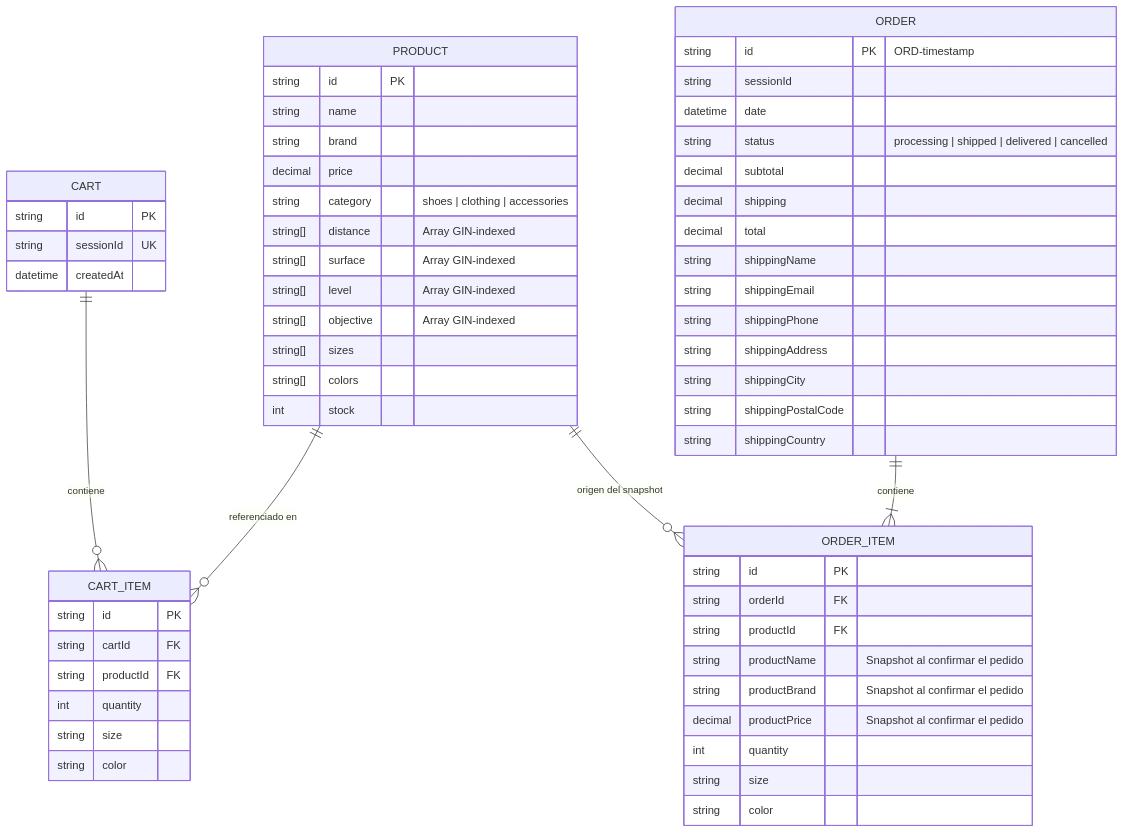
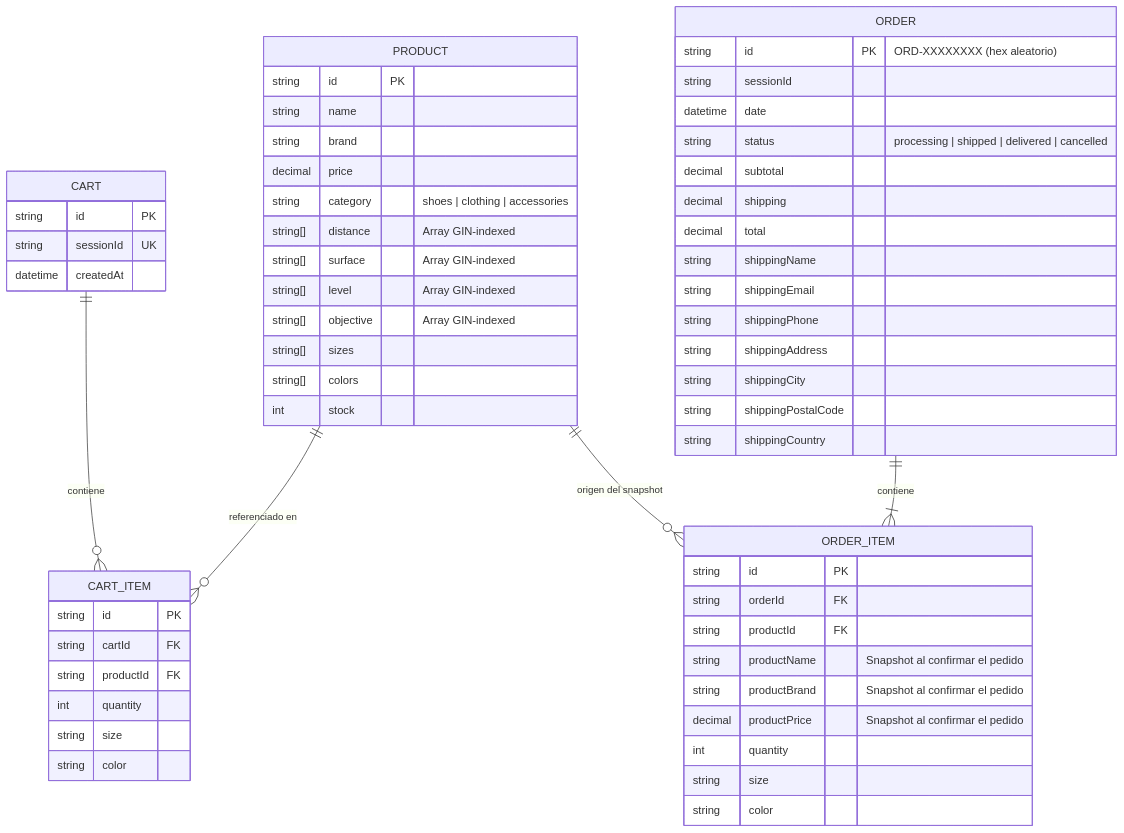
The second of 2 diagrams in readme.md (LIDR-academy/AI4Devs-finalproject), drawn with Mermaid before and after one commit. The commit also changed other lines of this file and 3 other files, not shown here.

````diff
--- a/readme.md
+++ b/readme.md
@@ -383,66 +383,66 @@
 ```mermaid
 erDiagram
     PRODUCT {
         string   id          PK
         string   name
         string   brand
         decimal  price
         string   category       "shoes | clothing | accessories"
         string[] distance       "Array GIN-indexed"
         string[] surface        "Array GIN-indexed"
         string[] level          "Array GIN-indexed"
         string[] objective      "Array GIN-indexed"
         string[] sizes
         string[] colors
         int      stock
     }
 
     CART {
         string   id          PK
         string   sessionId   UK
         datetime createdAt
     }
 
     CART_ITEM {
         string   id          PK
         string   cartId      FK
         string   productId   FK
         int      quantity
         string   size
         string   color
     }
 
     ORDER {
-        string   id          PK  "ORD-timestamp"
+        string   id          PK  "ORD-XXXXXXXX (hex aleatorio)"
         string   sessionId
         datetime date
         string   status          "processing | shipped | delivered | cancelled"
         decimal  subtotal
         decimal  shipping
         decimal  total
         string   shippingName
         string   shippingEmail
         string   shippingPhone
         string   shippingAddress
         string   shippingCity
         string   shippingPostalCode
         string   shippingCountry
     }
 
     ORDER_ITEM {
         string   id           PK
         string   orderId      FK
         string   productId    FK
         string   productName     "Snapshot al confirmar el pedido"
         string   productBrand    "Snapshot al confirmar el pedido"
         decimal  productPrice    "Snapshot al confirmar el pedido"
         int      quantity
         string   size
         string   color
     }
 
     CART        ||--o{ CART_ITEM  : "contiene"
     PRODUCT     ||--o{ CART_ITEM  : "referenciado en"
     ORDER       ||--|{ ORDER_ITEM : "contiene"
     PRODUCT     ||--o{ ORDER_ITEM : "origen del snapshot"
 ```
````
